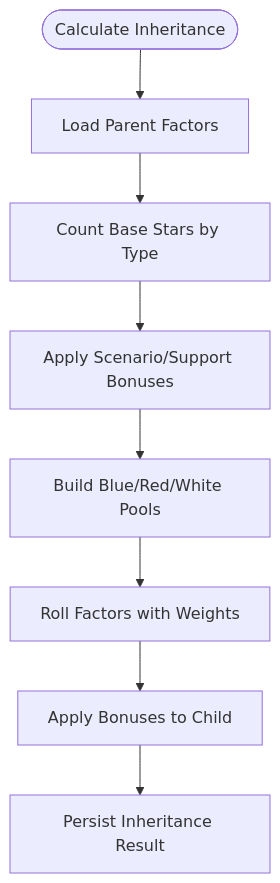
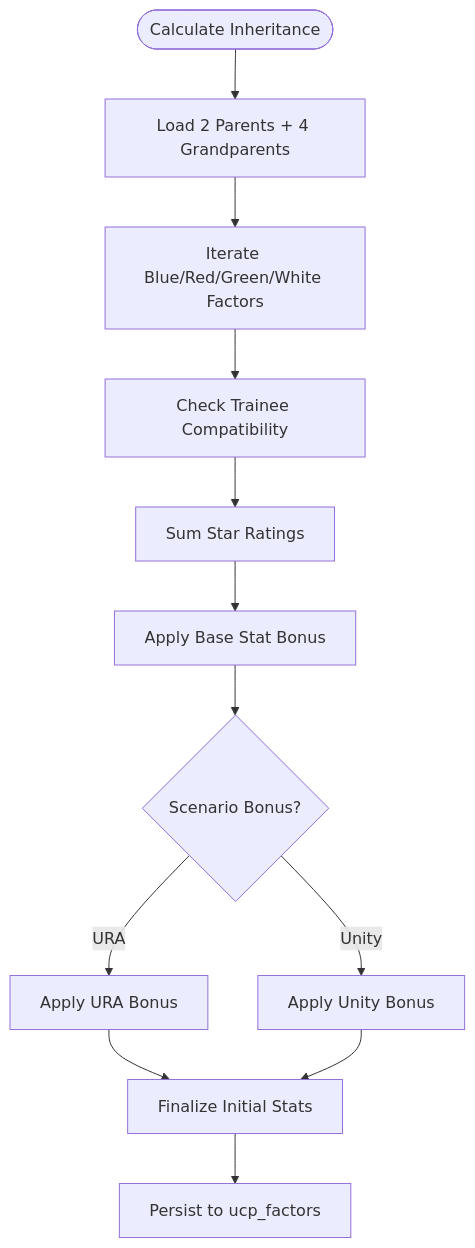
One commit to exatfrds67/umamusume-career-planner changed the fourth of 7 diagrams in docs/01-flows/FLOW-001_Character_Management_System.md. Above: the diagram before and after it, drawn with Mermaid. The commit also changed other lines of this file and 67 other files, not shown here.

````diff
--- a/docs/01-flows/FLOW-001_Character_Management_System.md
+++ b/docs/01-flows/FLOW-001_Character_Management_System.md
@@ -74,10 +135,20 @@
 ```mermaid
 flowchart TD
-    Start([Calculate Inheritance]) --> LoadParents[Load Parent Factors]
-    LoadParents --> BaseStars[Count Base Stars by Type]
-    BaseStars --> BonusStars[Apply Scenario/Support Bonuses]
-    BonusStars --> BuildPool[Build Blue/Red/White Pools]
-    BuildPool --> RollFactors[Roll Factors with Weights]
-    RollFactors --> ApplyToChild[Apply Bonuses to Child]
-    ApplyToChild --> SaveFactors[Persist Inheritance Result]
+    Start([Calculate Inheritance]) --> LoadParents[Load 2 Parents + 4 Grandparents]
+    
+    LoadParents --> IterateFactors[Iterate Blue/Red/Green/White Factors]
+    
+    IterateFactors --> CheckCompatibility[Check Trainee Compatibility]
+    CheckCompatibility --> SumStars[Sum Star Ratings]
+    
+    SumStars --> ApplyBase[Apply Base Stat Bonus]
+    ApplyBase --> ScenarioCheck{Scenario Bonus?}
+    
+    ScenarioCheck -->|URA| BonusURA[Apply URA Bonus]
+    ScenarioCheck -->|Unity| BonusUnity[Apply Unity Bonus]
+    
+    BonusURA --> Finalize[Finalize Initial Stats]
+    BonusUnity --> Finalize
+    
+    Finalize --> SaveFactors[Persist to ucp_factors]
 ```
````
